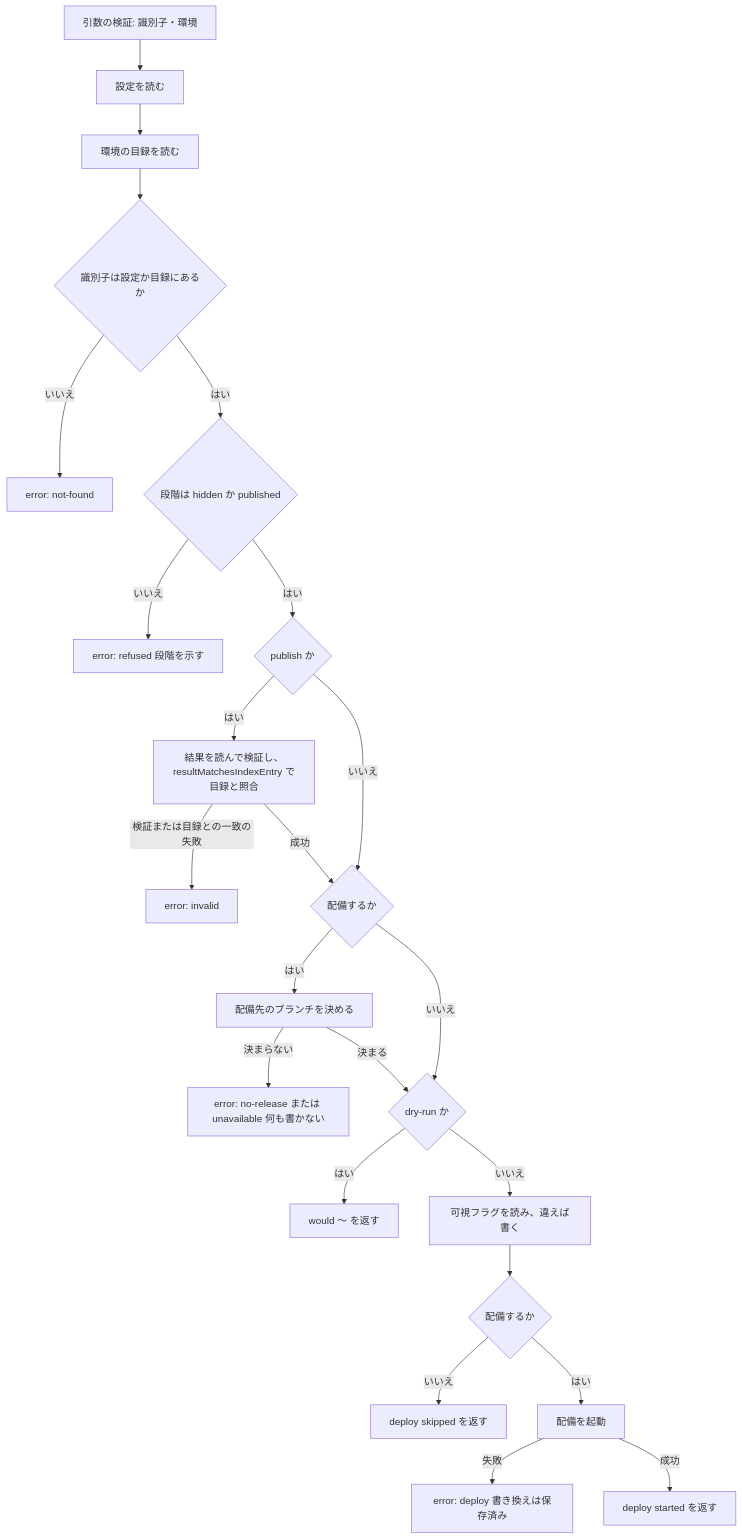
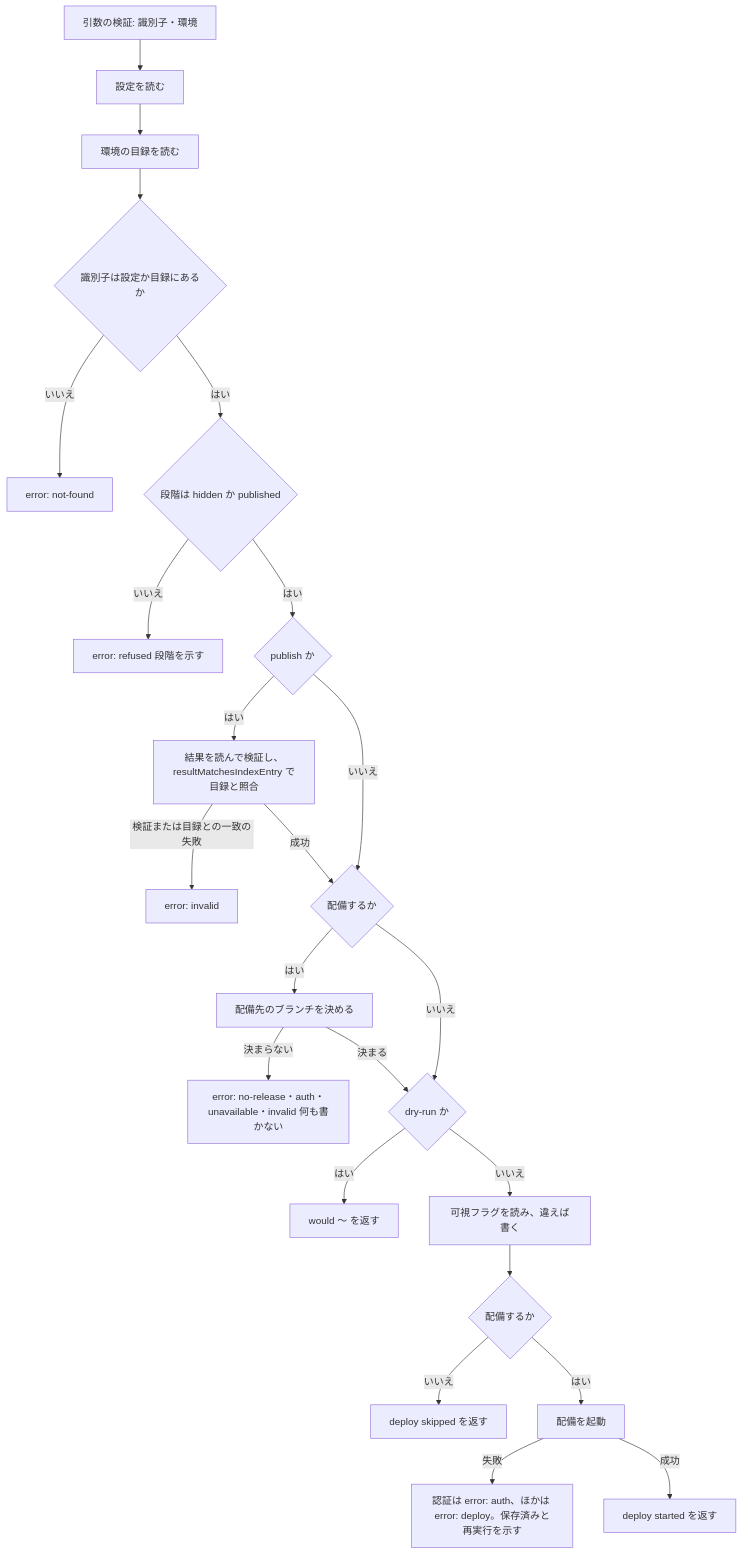
Before and after one commit to nekono-dev/skyshare: the fourth of 6 diagrams in .kiro/specs/survey-operations/design.md, drawn with Mermaid. The commit also changed other lines of this file and 3 other files, not shown here.

````diff
--- a/.kiro/specs/survey-operations/design.md
+++ b/.kiro/specs/survey-operations/design.md
@@ -176,25 +259,25 @@
 ```mermaid
 flowchart TD
   A[引数の検証: 識別子・環境] --> B[設定を読む]
   B --> C[環境の目録を読む]
   C --> D{識別子は設定か目録にあるか}
   D -- いいえ --> E1[error: not-found]
   D -- はい --> F{段階は hidden か published}
   F -- いいえ --> E2[error: refused 段階を示す]
   F -- はい --> G{publish か}
   G -- はい --> H[結果を読んで検証し、resultMatchesIndexEntry で目録と照合]
   H -- 検証または目録との一致の失敗 --> E3[error: invalid]
   G -- いいえ --> I
   H -- 成功 --> I{配備するか}
   I -- はい --> J[配備先のブランチを決める]
-  J -- 決まらない --> E4[error: no-release または unavailable 何も書かない]
+  J -- 決まらない --> E4[error: no-release・auth・unavailable・invalid 何も書かない]
   I -- いいえ --> K
   J -- 決まる --> K{dry-run か}
   K -- はい --> Z1[would 〜 を返す]
   K -- いいえ --> L[可視フラグを読み、違えば書く]
   L --> M{配備するか}
   M -- いいえ --> Z2[deploy skipped を返す]
   M -- はい --> N[配備を起動]
-  N -- 失敗 --> E5[error: deploy 書き換えは保存済み]
+  N -- 失敗 --> E5[認証は error: auth、ほかは error: deploy。保存済みと再実行を示す]
   N -- 成功 --> Z3[deploy started を返す]
 ```
````
